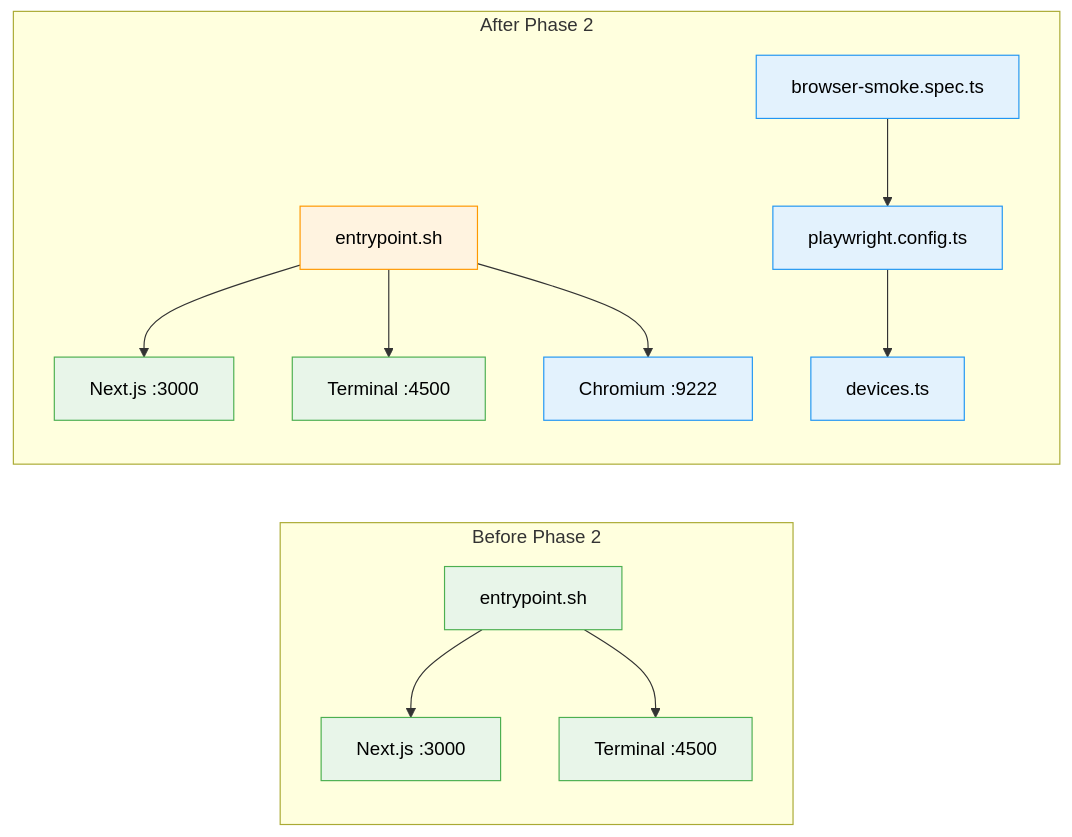
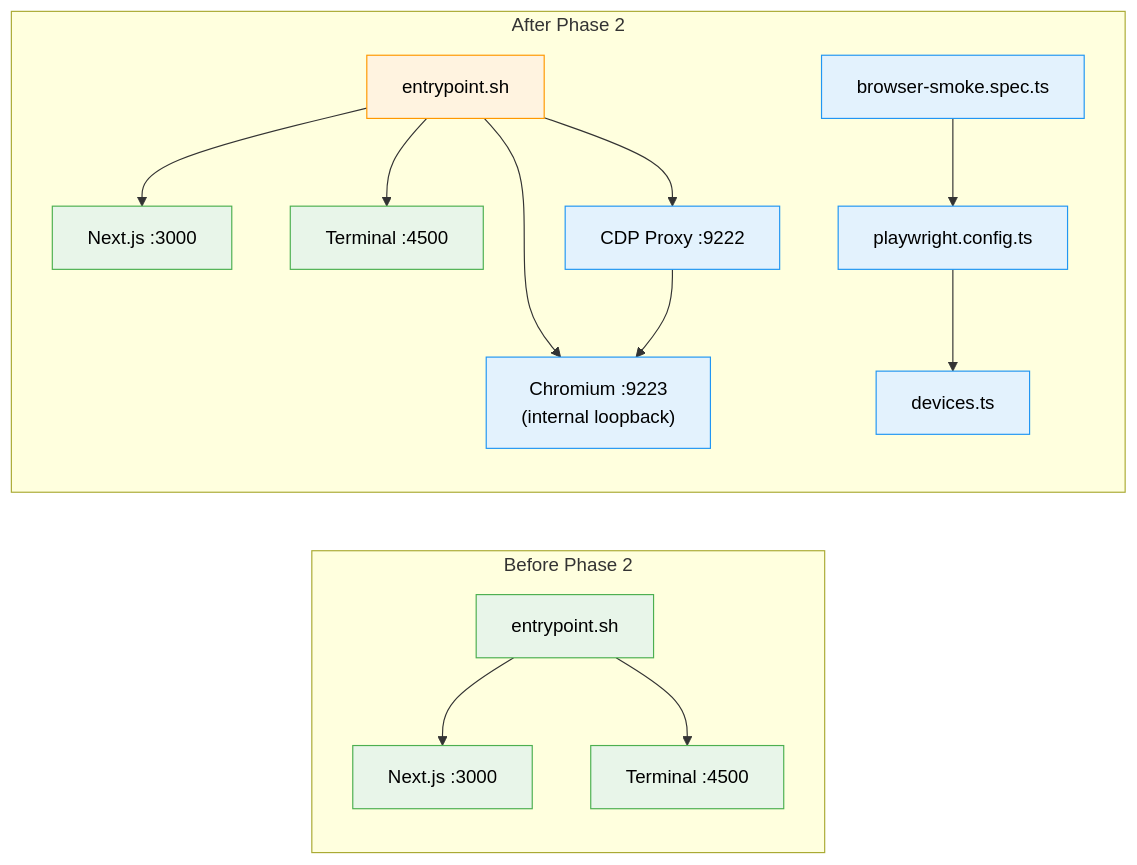
One commit to AI-Substrate/chainglass changed the second of 2 diagrams in docs/plans/067-harness/tasks/phase-2-playwright-cdp-integration/tasks.fltplan.md. Above: the diagram before and after it, drawn with Mermaid. The commit also changed other lines of this file and 36 other files, not shown here.

````diff
--- a/docs/plans/067-harness/tasks/phase-2-playwright-cdp-integration/tasks.fltplan.md
+++ b/docs/plans/067-harness/tasks/phase-2-playwright-cdp-integration/tasks.fltplan.md
@@ -76,29 +76,32 @@
 ```mermaid
 flowchart LR
     classDef existing fill:#E8F5E9,stroke:#4CAF50,color:#000
     classDef changed fill:#FFF3E0,stroke:#FF9800,color:#000
     classDef new fill:#E3F2FD,stroke:#2196F3,color:#000
 
     subgraph Before["Before Phase 2"]
         B_Next["Next.js :3000"]:::existing
         B_Term["Terminal :4500"]:::existing
         B_Entry["entrypoint.sh"]:::existing
         B_Entry --> B_Next
         B_Entry --> B_Term
     end
 
     subgraph After["After Phase 2"]
         A_Next["Next.js :3000"]:::existing
         A_Term["Terminal :4500"]:::existing
-        A_Chrome["Chromium :9222"]:::new
+        A_Chrome["Chromium :9223<br/>(internal loopback)"]:::new
+        A_Proxy["CDP Proxy :9222"]:::new
         A_Entry["entrypoint.sh"]:::changed
         A_Config["playwright.config.ts"]:::new
         A_VP["devices.ts"]:::new
         A_Smoke["browser-smoke.spec.ts"]:::new
         A_Entry --> A_Next
         A_Entry --> A_Term
         A_Entry --> A_Chrome
+        A_Entry --> A_Proxy
+        A_Proxy --> A_Chrome
         A_Smoke --> A_Config
         A_Config --> A_VP
     end
 ```
````
